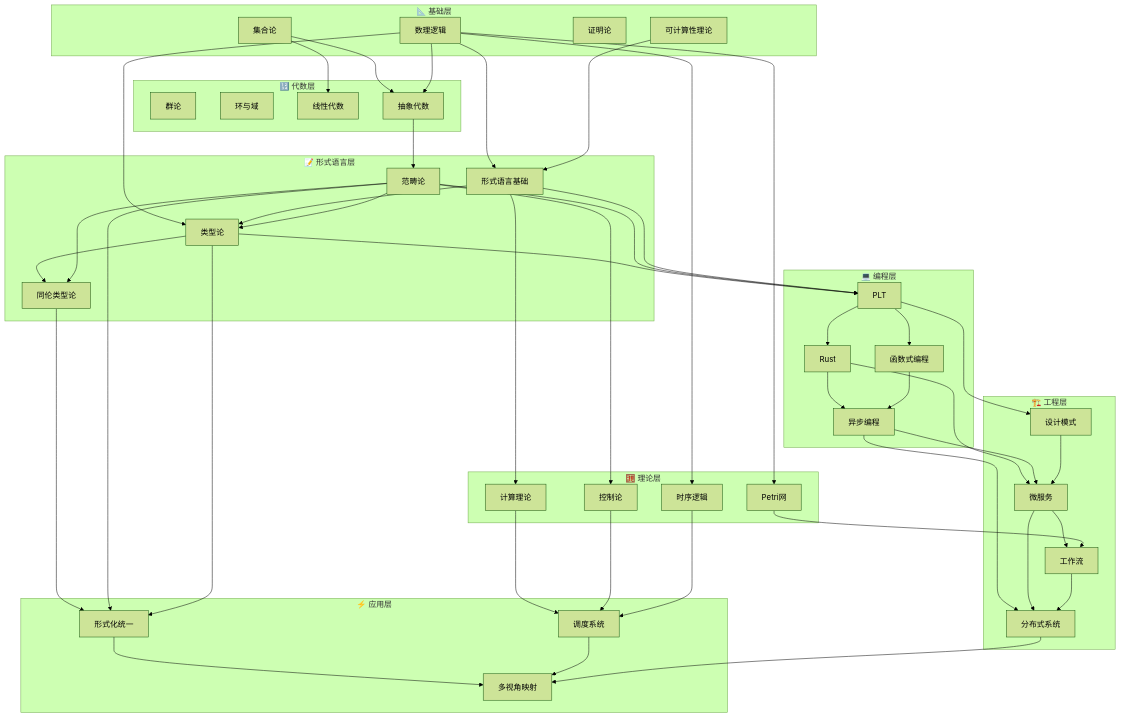
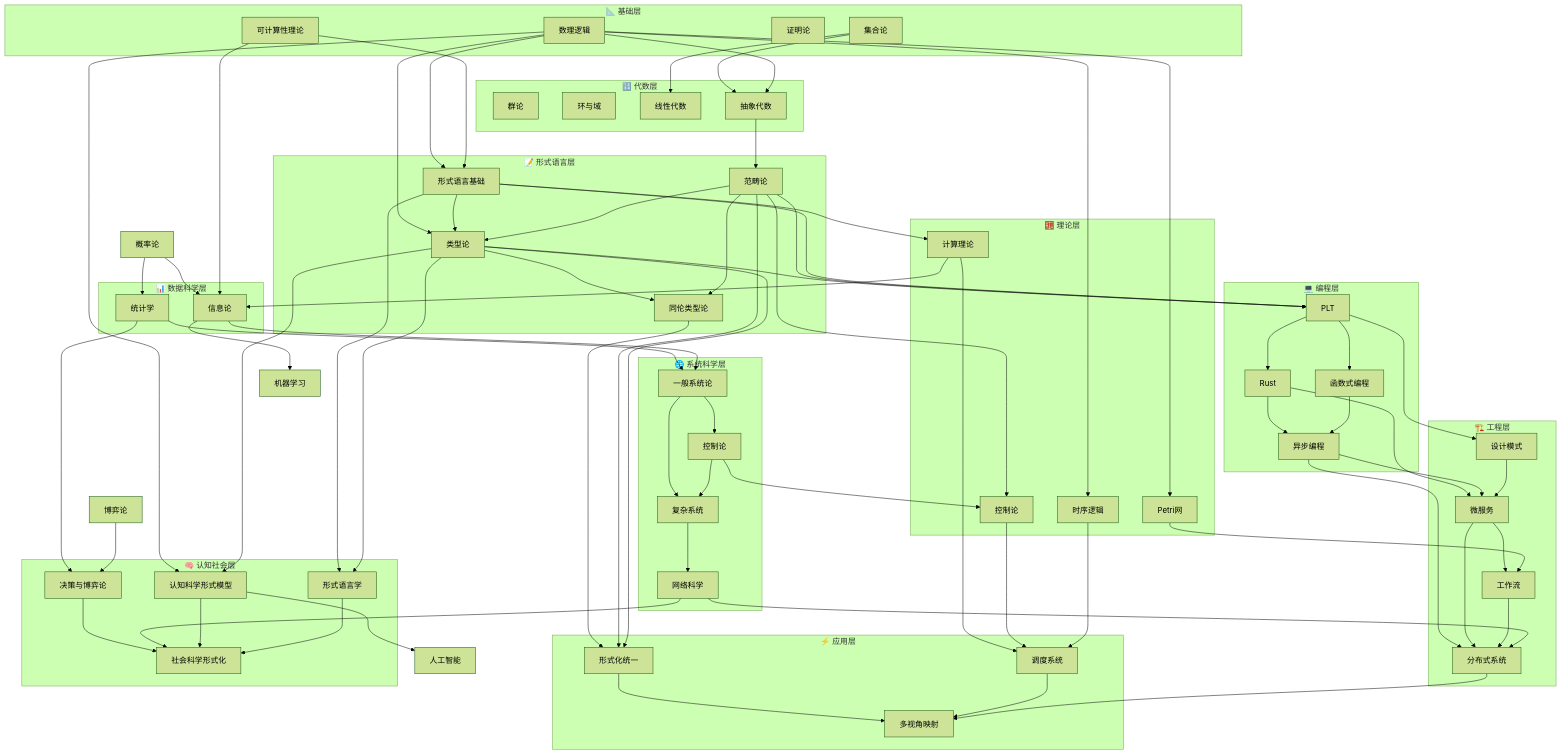
The first of 9 diagrams in docs/Refactor/00_MAP.md (AdaMartin18010/FormalScience), drawn with Mermaid (forest theme) before and after one commit. The commit also changed other lines of this file and 140 other files, not shown here.

````diff
--- a/docs/Refactor/00_MAP.md
+++ b/docs/Refactor/00_MAP.md
@@ -58,6 +58,25 @@
         SCHED[调度系统]
         UNIFY[形式化统一]
         MAP[多视角映射]
+    end
+    
+    subgraph 数据科学层["📊 数据科学层"]
+        STAT[统计学]
+        INFO[信息论]
+    end
+    
+    subgraph 系统科学层["🌐 系统科学层"]
+        SYS[一般系统论]
+        CYBER[控制论]
+        COMPLEX[复杂系统]
+        NET[网络科学]
+    end
+    
+    subgraph 认知社会层["🧠 认知社会层"]
+        DECISION[决策与博弈论]
+        COG[认知科学形式模型]
+        LING[形式语言学]
+        SOC[社会科学形式化]
     end
     
     %% 基础到代数
@@ -121,4 +140,36 @@
     UNIFY --> MAP
     SCHED --> MAP
     DIST --> MAP
+    
+    %% 数据科学层依赖
+    PROB[概率论] --> STAT
+    PROB --> INFO
+    COMP --> INFO
+    CT --> INFO
+    STAT --> SYS
+    INFO --> SYS
+    
+    %% 系统科学层内部
+    SYS --> CYBER
+    SYS --> COMPLEX
+    COMPLEX --> NET
+    CYBER --> COMPLEX
+    
+    %% 认知社会层依赖
+    STAT --> DECISION
+    GAME[博弈论] --> DECISION
+    LOG --> COG
+    TT --> COG
+    FL --> LING
+    TT --> LING
+    DECISION --> SOC
+    NET --> SOC
+    COG --> SOC
+    LING --> SOC
+    
+    %% 跨层联系
+    CYBER --> CTRL
+    NET --> DIST
+    COG --> AI[人工智能]
+    INFO --> ML[机器学习]
 ```
````
